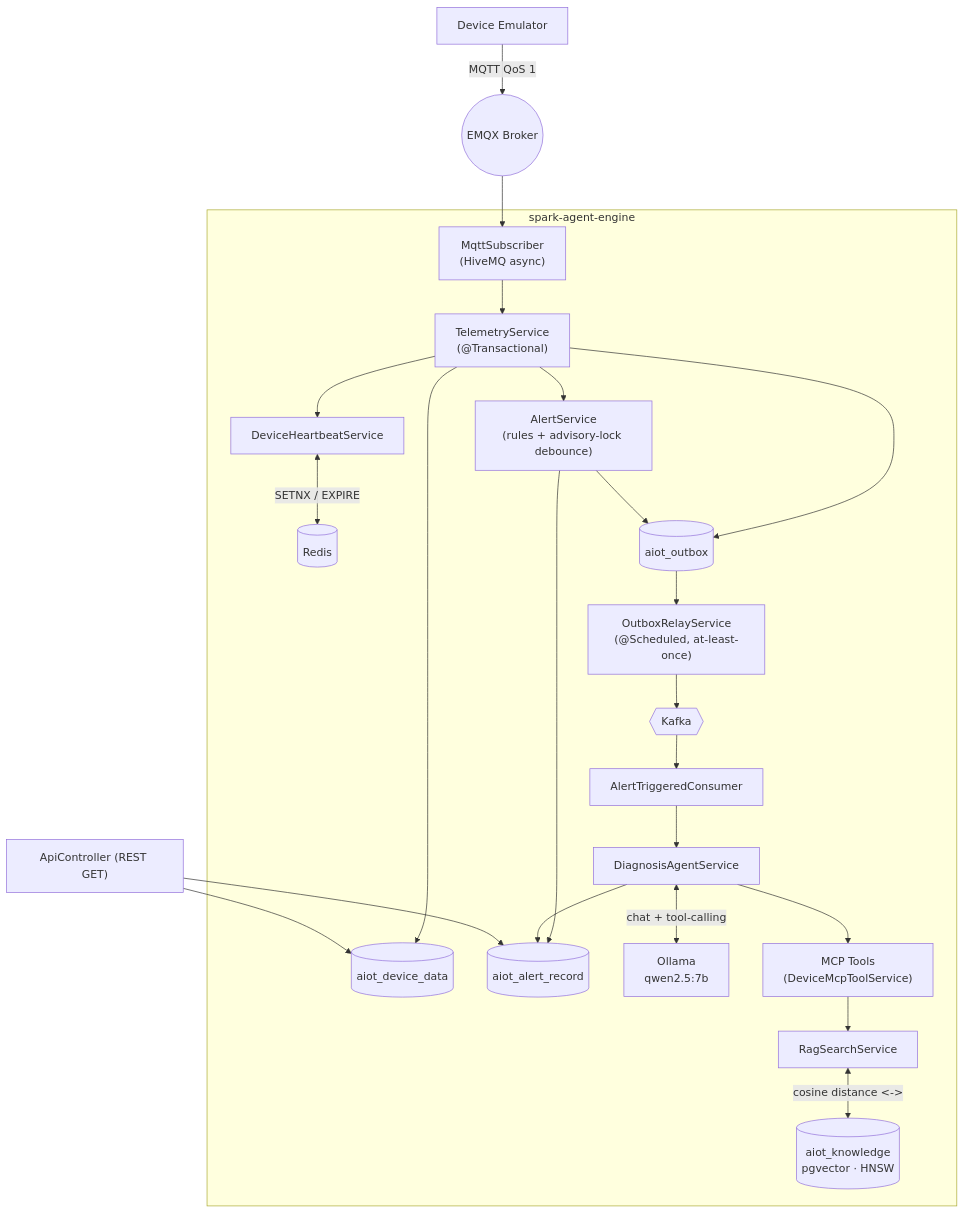
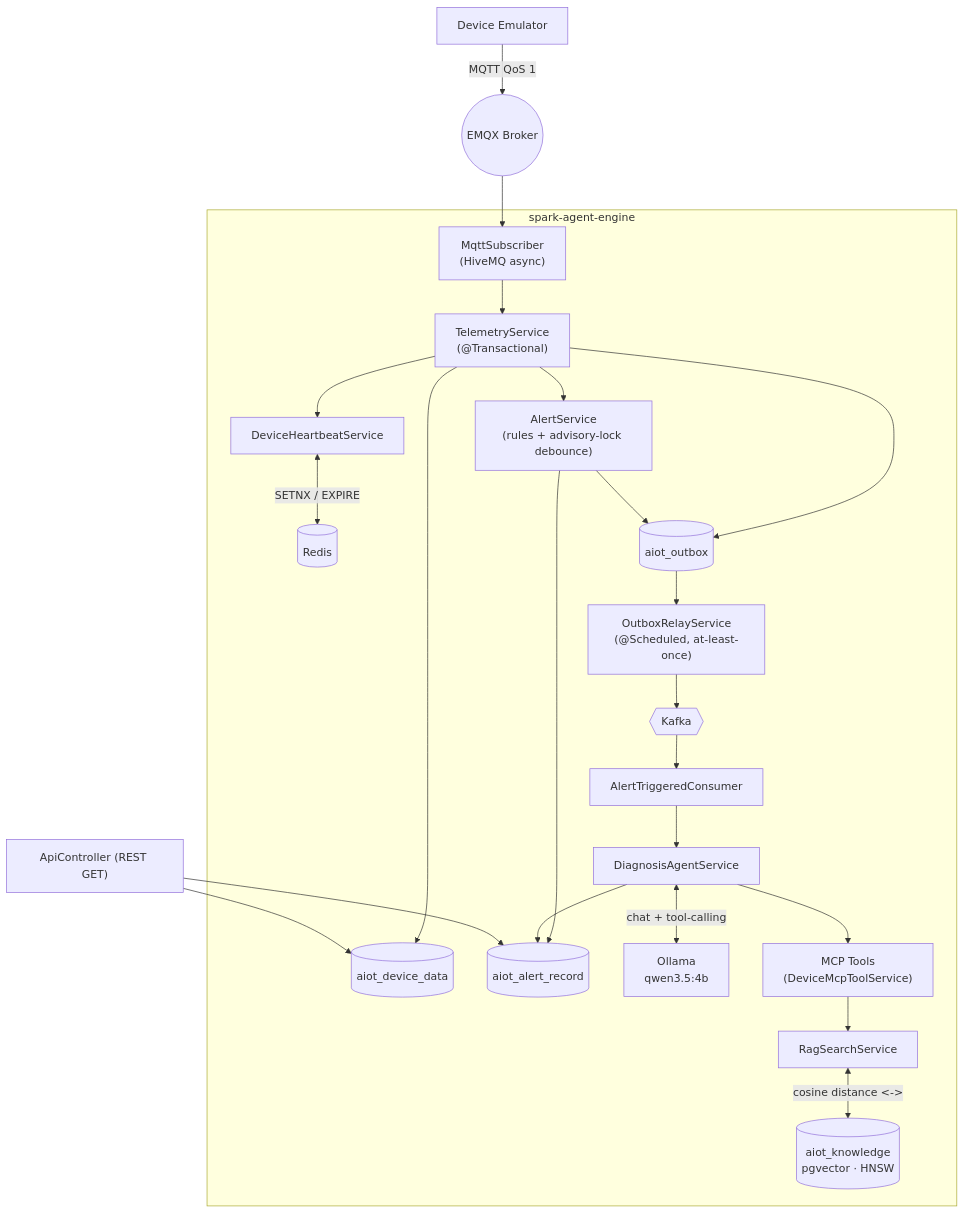
Before and after one commit to prairie-spark-iot/spark-agent-engine: the diagram in README.md, drawn with Mermaid. The commit also changed other lines of this file and 2 other files, not shown here.

First line of the commit message:
feat: migrate to qwen3.5:4b chat model and qwen3-embedding:0.6b embedding model

````diff
--- a/README.md
+++ b/README.md
@@ -63,28 +63,28 @@
 ```mermaid
 flowchart TB
     EMU["Device Emulator"] -->|"MQTT QoS 1"| EMQX(("EMQX Broker"))
     EMQX --> SUB["MqttSubscriber<br/>(HiveMQ async)"]
 
     subgraph ENGINE["spark-agent-engine"]
         SUB --> TS["TelemetryService<br/>(@Transactional)"]
         TS --> HB["DeviceHeartbeatService"]
         HB <-->|"SETNX / EXPIRE"| REDIS[("Redis")]
         TS --> DD[("aiot_device_data")]
         TS --> AS["AlertService<br/>(rules + advisory-lock debounce)"]
         AS --> AR[("aiot_alert_record")]
         TS --> OUTBOX[("aiot_outbox")]
         AS --> OUTBOX
         OUTBOX --> RELAY["OutboxRelayService<br/>(@Scheduled, at-least-once)"]
         RELAY --> KAFKA{{"Kafka"}}
         KAFKA --> CONSUMER["AlertTriggeredConsumer"]
         CONSUMER --> DIAG["DiagnosisAgentService"]
-        DIAG <-->|"chat + tool-calling"| LLM["Ollama<br/>qwen2.5:7b"]
+        DIAG <-->|"chat + tool-calling"| LLM["Ollama<br/>qwen3.5:4b"]
         DIAG --> MCP["MCP Tools<br/>(DeviceMcpToolService)"]
         MCP --> RAGS["RagSearchService"]
         RAGS <-->|"cosine distance <->"| VEC[("aiot_knowledge<br/>pgvector · HNSW")]
         DIAG --> AR
     end
 
     API["ApiController (REST GET)"] --> DD
     API --> AR
 ```
````
